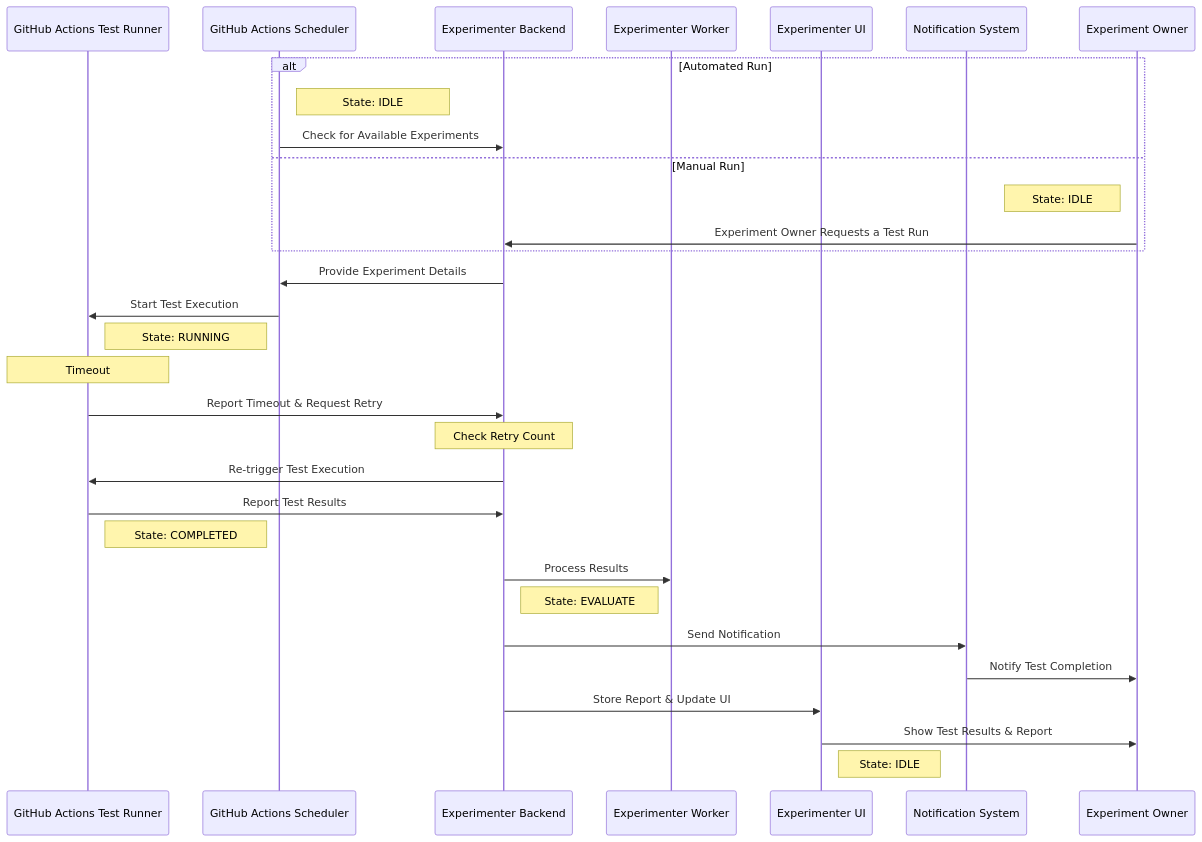
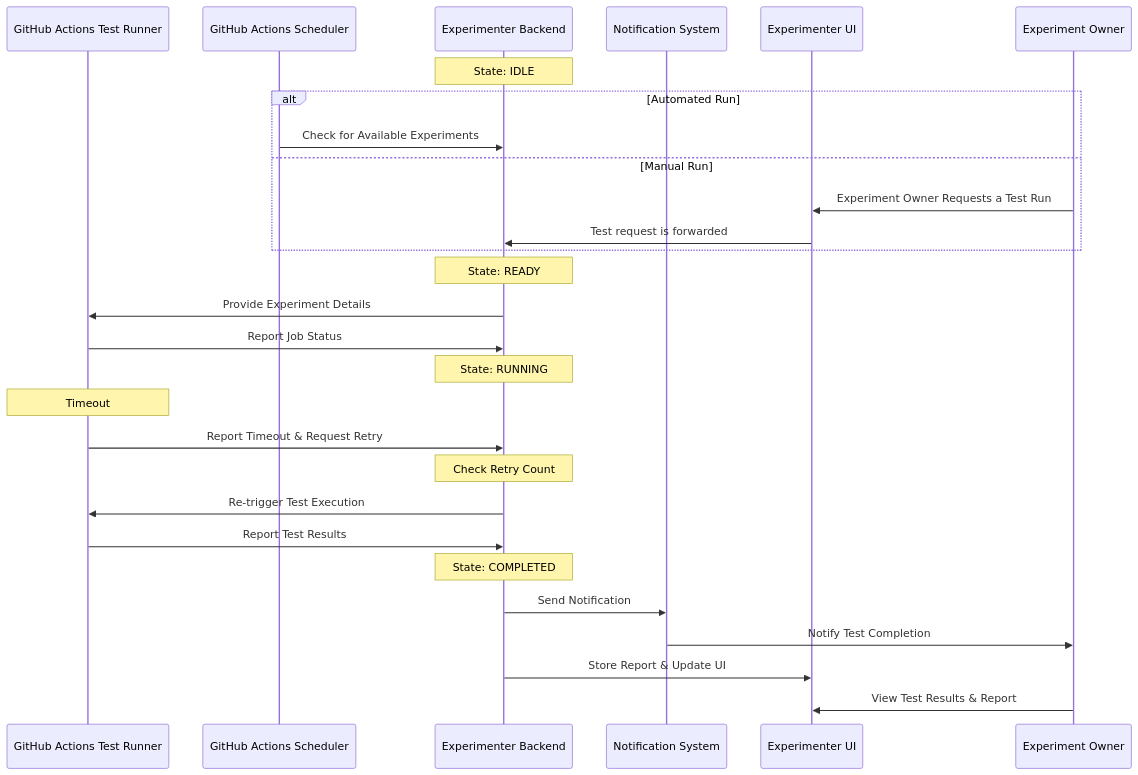
Before and after one commit to mozilla/klaatu: the sixth of 7 diagrams in docs/sequences.md, drawn with Mermaid. The commit also changed other lines of this file, not shown here.

Commit message:
Update sequence diagrams after review.

````diff
--- a/docs/sequences.md
+++ b/docs/sequences.md
@@ -144,36 +137,32 @@
 ```mermaid
     sequenceDiagram
         participant GitHub Actions Test Runner
         participant GitHub Actions Scheduler
         participant Experimenter Backend
-        participant Experimenter Worker
+        participant Notification System
         participant Experimenter UI
-        participant Notification System
         participant Experiment Owner
 
-
+        Note over Experimenter Backend: State: IDLE
         alt Automated Run
-            Note right of GitHub Actions Scheduler: State: IDLE
             GitHub Actions Scheduler ->> Experimenter Backend: Check for Available Experiments
         else Manual Run
-            Note left of Experiment Owner: State: IDLE
-            Experiment Owner ->> Experimenter Backend: Experiment Owner Requests a Test Run
+            Experiment Owner ->> Experimenter UI: Experiment Owner Requests a Test Run
+            Experimenter UI ->> Experimenter Backend: Test request is forwarded
         end
-        Experimenter Backend ->> GitHub Actions Scheduler: Provide Experiment Details
-        GitHub Actions Scheduler ->> GitHub Actions Test Runner: Start Test Execution
-        Note right of GitHub Actions Test Runner: State: RUNNING
+        Note over Experimenter Backend: State: READY
+        Experimenter Backend ->> GitHub Actions Test Runner: Provide Experiment Details
+        GitHub Actions Test Runner ->> Experimenter Backend: Report Job Status
+        Note over Experimenter Backend: State: RUNNING
         Note over GitHub Actions Test Runner: Timeout
         GitHub Actions Test Runner ->> Experimenter Backend: Report Timeout & Request Retry
 
         Note over Experimenter Backend: Check Retry Count
         Experimenter Backend ->> GitHub Actions Test Runner: Re-trigger Test Execution
         GitHub Actions Test Runner ->> Experimenter Backend: Report Test Results
-        Note right of GitHub Actions Test Runner: State: COMPLETED
-        Experimenter Backend ->> Experimenter Worker: Process Results
-        Note right of Experimenter Backend: State: EVALUATE
+        Note over Experimenter Backend: State: COMPLETED
         Experimenter Backend ->> Notification System: Send Notification
         Notification System ->> Experiment Owner: Notify Test Completion
         Experimenter Backend ->> Experimenter UI: Store Report & Update UI
-        Experimenter UI ->> Experiment Owner: Show Test Results & Report
-        Note right of Experimenter UI: State: IDLE
+        Experiment Owner ->> Experimenter UI: View Test Results & Report
 ```
````
